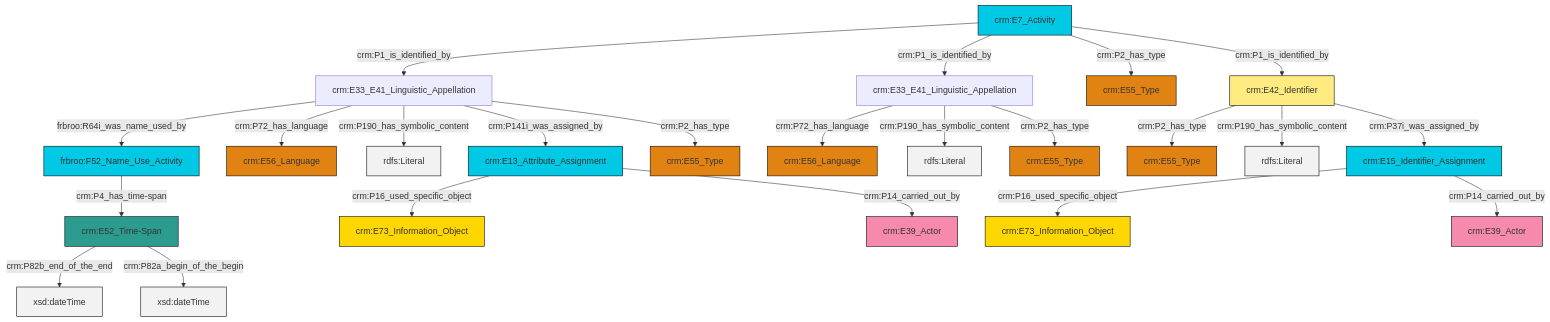
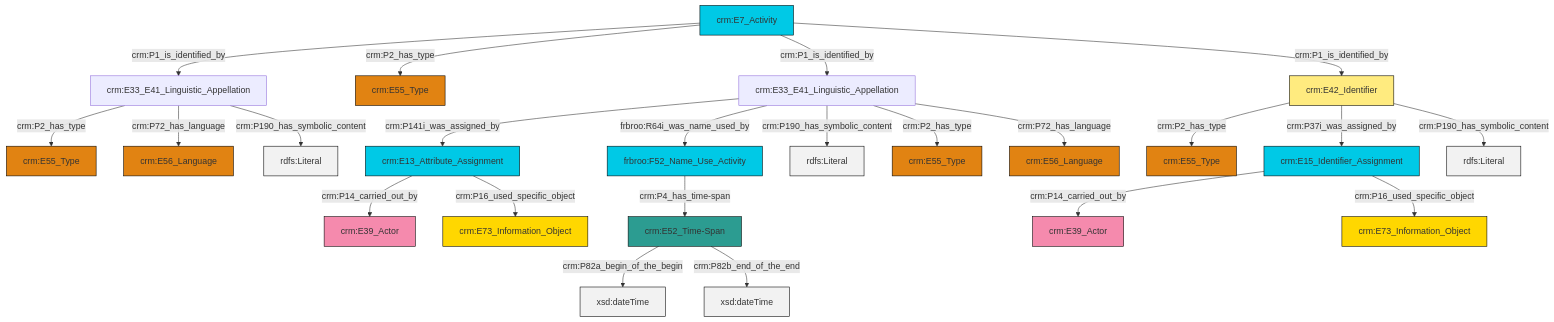
The diagram in et/eventCSV/ttl/mmd/event_name.ttl.mmd (swiss-art-research-net/docs.swissartresearch), drawn with Mermaid before and after one commit. The commit also changed 173 other files, not shown here.

```diff
--- a/et/eventCSV/ttl/mmd/event_name.ttl.mmd
+++ b/et/eventCSV/ttl/mmd/event_name.ttl.mmd
@@ -1,37 +1,37 @@
 graph TD
 classDef Literal fill:#f2f2f2,stroke:#000000;
 classDef CRM_Entity fill:#FFFFFF,stroke:#000000;
 classDef Temporal_Entity fill:#00C9E6, stroke:#000000;
 classDef Type fill:#E18312, stroke:#000000;
 classDef Time-Span fill:#2C9C91, stroke:#000000;
 classDef Appellation fill:#FFEB7F, stroke:#000000;
 classDef Place fill:#008836, stroke:#000000;
 classDef Persistent_Item fill:#B266B2, stroke:#000000;
 classDef Conceptual_Object fill:#FFD700, stroke:#000000;
 classDef Physical_Thing fill:#D2B48C, stroke:#000000;
 classDef Actor fill:#f58aad, stroke:#000000;
 classDef PC_Classes fill:#4ce600, stroke:#000000;
 classDef Multi fill:#cccccc,stroke:#000000;
 
-0["crm:E7_Activity"]:::Temporal_Entity -->|crm:P1_is_identified_by| 1["crm:E33_E41_Linguistic_Appellation"]:::Default
-4["crm:E13_Attribute_Assignment"]:::Temporal_Entity -->|crm:P16_used_specific_object| 5["crm:E73_Information_Object"]:::Conceptual_Object
-1["crm:E33_E41_Linguistic_Appellation"]:::Default -->|frbroo:R64i_was_name_used_by| 6["frbroo:F52_Name_Use_Activity"]:::Temporal_Entity
-7["crm:E15_Identifier_Assignment"]:::Temporal_Entity -->|crm:P16_used_specific_object| 8["crm:E73_Information_Object"]:::Conceptual_Object
-0["crm:E7_Activity"]:::Temporal_Entity -->|crm:P1_is_identified_by| 9["crm:E33_E41_Linguistic_Appellation"]:::Default
-0["crm:E7_Activity"]:::Temporal_Entity -->|crm:P2_has_type| 13["crm:E55_Type"]:::Type
-2["crm:E52_Time-Span"]:::Time-Span -->|crm:P82b_end_of_the_end| 14[xsd:dateTime]:::Literal
-1["crm:E33_E41_Linguistic_Appellation"]:::Default -->|crm:P72_has_language| 19["crm:E56_Language"]:::Type
-25["crm:E42_Identifier"]:::Appellation -->|crm:P2_has_type| 26["crm:E55_Type"]:::Type
-9["crm:E33_E41_Linguistic_Appellation"]:::Default -->|crm:P72_has_language| 27["crm:E56_Language"]:::Type
-4["crm:E13_Attribute_Assignment"]:::Temporal_Entity -->|crm:P14_carried_out_by| 23["crm:E39_Actor"]:::Actor
-9["crm:E33_E41_Linguistic_Appellation"]:::Default -->|crm:P190_has_symbolic_content| 28[rdfs:Literal]:::Literal
-2["crm:E52_Time-Span"]:::Time-Span -->|crm:P82a_begin_of_the_begin| 31[xsd:dateTime]:::Literal
-1["crm:E33_E41_Linguistic_Appellation"]:::Default -->|crm:P190_has_symbolic_content| 32[rdfs:Literal]:::Literal
-6["frbroo:F52_Name_Use_Activity"]:::Temporal_Entity -->|crm:P4_has_time-span| 2["crm:E52_Time-Span"]:::Time-Span
-7["crm:E15_Identifier_Assignment"]:::Temporal_Entity -->|crm:P14_carried_out_by| 11["crm:E39_Actor"]:::Actor
-25["crm:E42_Identifier"]:::Appellation -->|crm:P190_has_symbolic_content| 33[rdfs:Literal]:::Literal
-25["crm:E42_Identifier"]:::Appellation -->|crm:P37i_was_assigned_by| 7["crm:E15_Identifier_Assignment"]:::Temporal_Entity
-0["crm:E7_Activity"]:::Temporal_Entity -->|crm:P1_is_identified_by| 25["crm:E42_Identifier"]:::Appellation
-1["crm:E33_E41_Linguistic_Appellation"]:::Default -->|crm:P141i_was_assigned_by| 4["crm:E13_Attribute_Assignment"]:::Temporal_Entity
-1["crm:E33_E41_Linguistic_Appellation"]:::Default -->|crm:P2_has_type| 21["crm:E55_Type"]:::Type
-9["crm:E33_E41_Linguistic_Appellation"]:::Default -->|crm:P2_has_type| 17["crm:E55_Type"]:::Type
+2["crm:E52_Time-Span"]:::Time-Span -->|crm:P82a_begin_of_the_begin| 3[xsd:dateTime]:::Literal
+8["crm:E13_Attribute_Assignment"]:::Temporal_Entity -->|crm:P14_carried_out_by| 4["crm:E39_Actor"]:::Actor
+12["crm:E15_Identifier_Assignment"]:::Temporal_Entity -->|crm:P14_carried_out_by| 13["crm:E39_Actor"]:::Actor
+14["crm:E42_Identifier"]:::Appellation -->|crm:P2_has_type| 15["crm:E55_Type"]:::Type
+18["crm:E33_E41_Linguistic_Appellation"]:::Default -->|crm:P2_has_type| 0["crm:E55_Type"]:::Type
+20["crm:E33_E41_Linguistic_Appellation"]:::Default -->|crm:P141i_was_assigned_by| 8["crm:E13_Attribute_Assignment"]:::Temporal_Entity
+21["crm:E7_Activity"]:::Temporal_Entity -->|crm:P1_is_identified_by| 18["crm:E33_E41_Linguistic_Appellation"]:::Default
+21["crm:E7_Activity"]:::Temporal_Entity -->|crm:P2_has_type| 22["crm:E55_Type"]:::Type
+23["frbroo:F52_Name_Use_Activity"]:::Temporal_Entity -->|crm:P4_has_time-span| 2["crm:E52_Time-Span"]:::Time-Span
+20["crm:E33_E41_Linguistic_Appellation"]:::Default -->|frbroo:R64i_was_name_used_by| 23["frbroo:F52_Name_Use_Activity"]:::Temporal_Entity
+20["crm:E33_E41_Linguistic_Appellation"]:::Default -->|crm:P190_has_symbolic_content| 25[rdfs:Literal]:::Literal
+18["crm:E33_E41_Linguistic_Appellation"]:::Default -->|crm:P72_has_language| 10["crm:E56_Language"]:::Type
+21["crm:E7_Activity"]:::Temporal_Entity -->|crm:P1_is_identified_by| 20["crm:E33_E41_Linguistic_Appellation"]:::Default
+14["crm:E42_Identifier"]:::Appellation -->|crm:P37i_was_assigned_by| 12["crm:E15_Identifier_Assignment"]:::Temporal_Entity
+21["crm:E7_Activity"]:::Temporal_Entity -->|crm:P1_is_identified_by| 14["crm:E42_Identifier"]:::Appellation
+2["crm:E52_Time-Span"]:::Time-Span -->|crm:P82b_end_of_the_end| 31[xsd:dateTime]:::Literal
+12["crm:E15_Identifier_Assignment"]:::Temporal_Entity -->|crm:P16_used_specific_object| 33["crm:E73_Information_Object"]:::Conceptual_Object
+8["crm:E13_Attribute_Assignment"]:::Temporal_Entity -->|crm:P16_used_specific_object| 28["crm:E73_Information_Object"]:::Conceptual_Object
+20["crm:E33_E41_Linguistic_Appellation"]:::Default -->|crm:P2_has_type| 16["crm:E55_Type"]:::Type
+20["crm:E33_E41_Linguistic_Appellation"]:::Default -->|crm:P72_has_language| 6["crm:E56_Language"]:::Type
+18["crm:E33_E41_Linguistic_Appellation"]:::Default -->|crm:P190_has_symbolic_content| 39[rdfs:Literal]:::Literal
+14["crm:E42_Identifier"]:::Appellation -->|crm:P190_has_symbolic_content| 41[rdfs:Literal]:::Literal
```
